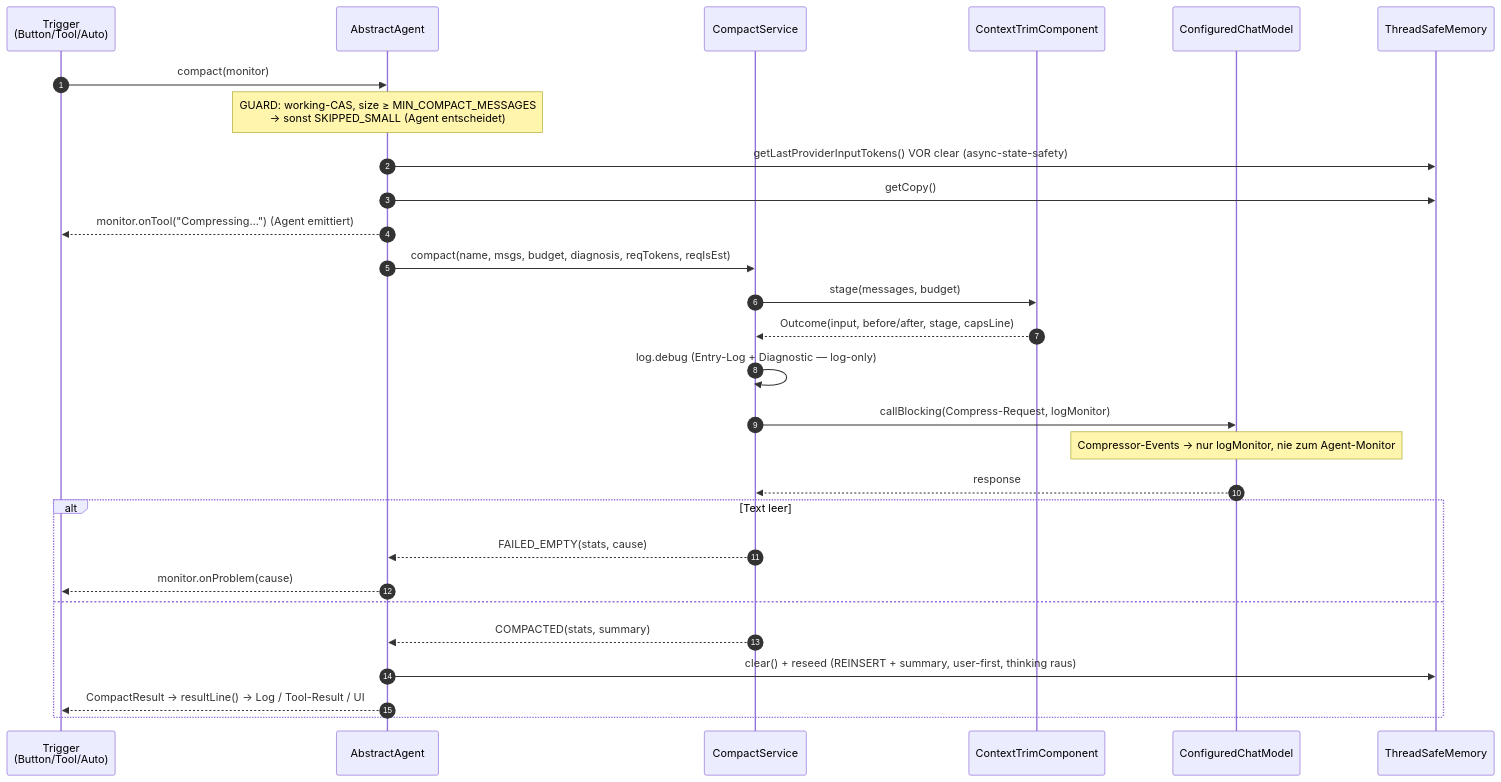
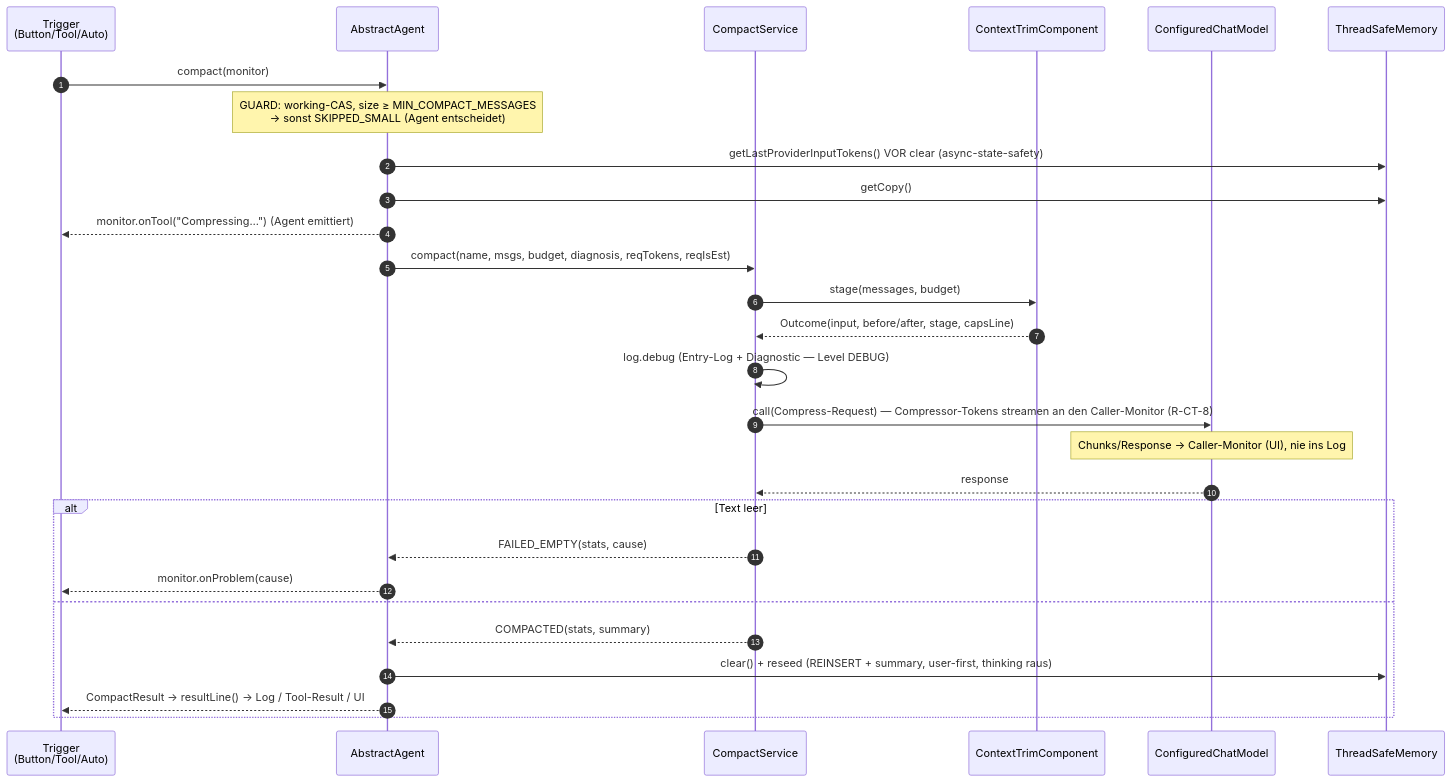
Before and after one commit to sterlp/eclipse-peon-ai: the second of 2 diagrams in org.sterl.llmpeon.core/docs/compact-architektur.md, drawn with Mermaid. The commit also changed other lines of this file and 25 other files, not shown here.

````diff
--- a/org.sterl.llmpeon.core/docs/compact-architektur.md
+++ b/org.sterl.llmpeon.core/docs/compact-architektur.md
@@ -100,31 +103,31 @@
 ```mermaid
 sequenceDiagram
     autonumber
     participant T as Trigger<br/>(Button/Tool/Auto)
     participant A as AbstractAgent
     participant S as CompactService
     participant C as ContextTrimComponent
     participant L as ConfiguredChatModel
     participant M as ThreadSafeMemory
 
     T->>A: compact(monitor)
     Note over A: GUARD: working-CAS, size ≥ MIN_COMPACT_MESSAGES<br/>→ sonst SKIPPED_SMALL (Agent entscheidet)
     A->>M: getLastProviderInputTokens() VOR clear (async-state-safety)
     A->>M: getCopy()
     A-->>T: monitor.onTool("Compressing…") (Agent emittiert)
     A->>S: compact(name, msgs, budget, diagnosis, reqTokens, reqIsEst)
     S->>C: stage(messages, budget)
     C-->>S: Outcome(input, before/after, stage, capsLine)
-    S->>S: log.debug (Entry-Log + Diagnostic — log-only)
-    S->>L: callBlocking(Compress-Request, logMonitor)
-    Note over L: Compressor-Events → nur logMonitor, nie zum Agent-Monitor
+    S->>S: log.debug (Entry-Log + Diagnostic — Level DEBUG)
+    S->>L: call(Compress-Request) — Compressor-Tokens streamen an den Caller-Monitor (R-CT-8)
+    Note over L: Chunks/Response → Caller-Monitor (UI), nie ins Log
     L-->>S: response
     alt Text leer
         S-->>A: FAILED_EMPTY(stats, cause)
         A-->>T: monitor.onProblem(cause)
     else
         S-->>A: COMPACTED(stats, summary)
         A->>M: clear() + reseed (REINSERT + summary, user-first, thinking raus)
         A-->>T: CompactResult → resultLine() → Log / Tool-Result / UI
     end
 ```
````
